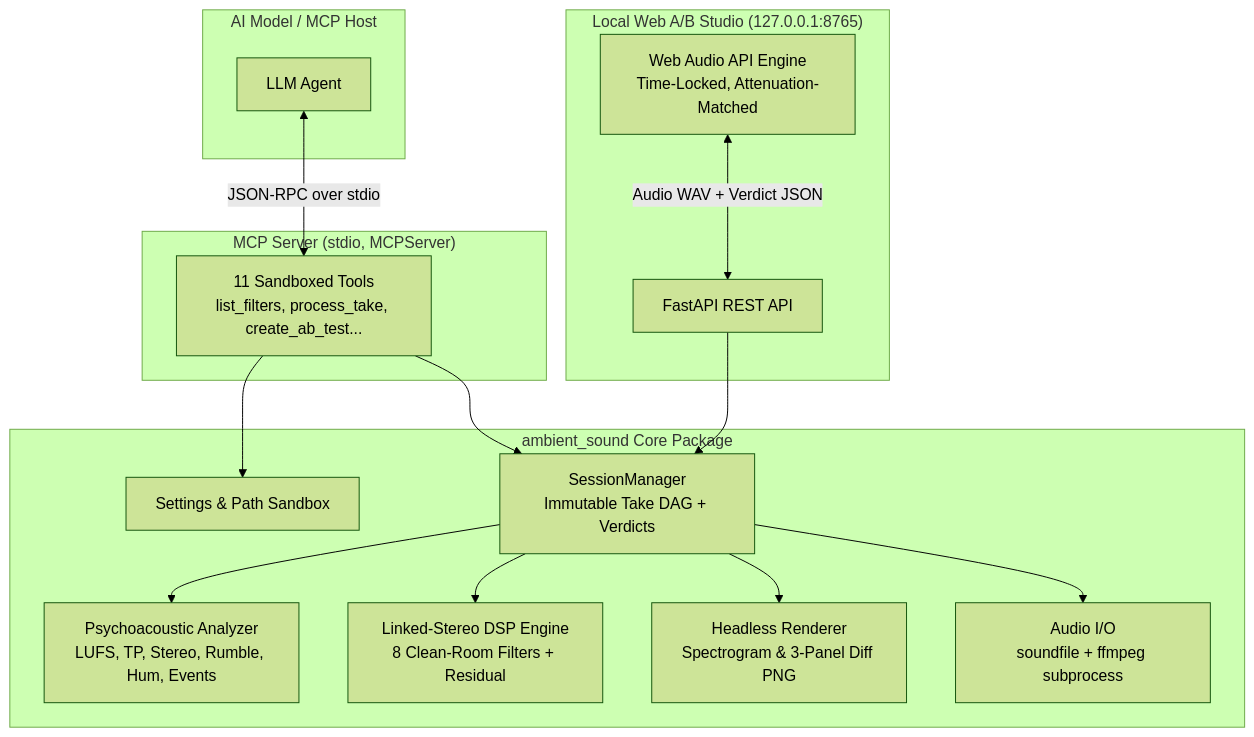
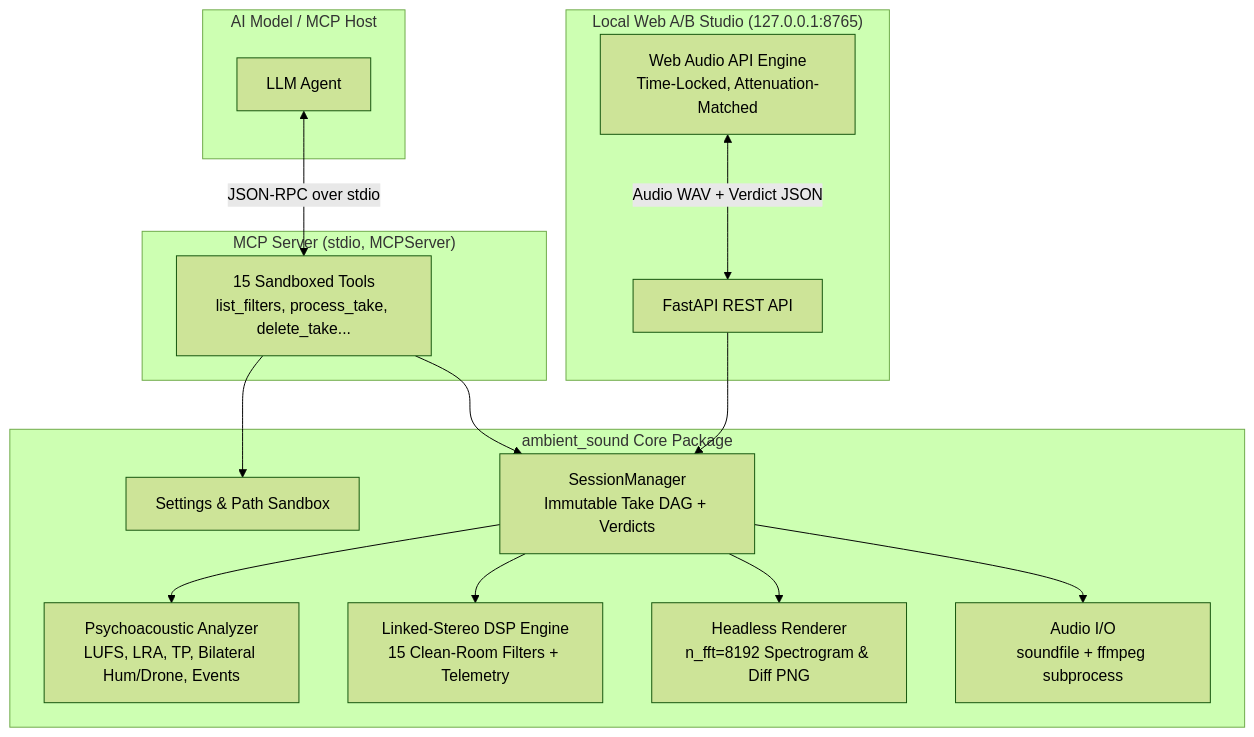
The diagram in docs/ARCHITECTURE.md (Ashfaak/AmbientSound), drawn with Mermaid (forest theme) before and after one commit. The commit also changed other lines of this file and 20 other files, not shown here.

Commit message:
Release v0.3.0: adaptive mastering, timeline-aware A/B, and compact MCP responses

````diff
--- a/docs/ARCHITECTURE.md
+++ b/docs/ARCHITECTURE.md
@@ -9,34 +9,34 @@
 ```mermaid
 flowchart TB
     subgraph Client["AI Model / MCP Host"]
         LLM[LLM Agent]
     end
 
     subgraph MCP["MCP Server (stdio, MCPServer)"]
-        Tools[11 Sandboxed Tools\nlist_filters, process_take, create_ab_test...]
+        Tools[15 Sandboxed Tools\nlist_filters, process_take, delete_take...]
     end
 
     subgraph Core["ambient_sound Core Package"]
         Config[Settings & Path Sandbox]
         Session[SessionManager\nImmutable Take DAG + Verdicts]
-        Analysis[Psychoacoustic Analyzer\nLUFS, TP, Stereo, Rumble, Hum, Events]
-        DSP[Linked-Stereo DSP Engine\n8 Clean-Room Filters + Residual]
-        Visuals[Headless Renderer\nSpectrogram & 3-Panel Diff PNG]
+        Analysis[Psychoacoustic Analyzer\nLUFS, LRA, TP, Bilateral Hum/Drone, Events]
+        DSP[Linked-Stereo DSP Engine\n15 Clean-Room Filters + Telemetry]
+        Visuals[Headless Renderer\nn_fft=8192 Spectrogram & Diff PNG]
         IO[Audio I/O\nsoundfile + ffmpeg subprocess]
     end
 
     subgraph Studio["Local Web A/B Studio (127.0.0.1:8765)"]
         API[FastAPI REST API]
         WebAudio[Web Audio API Engine\nTime-Locked, Attenuation-Matched]
     end
 
     LLM <-->|JSON-RPC over stdio| Tools
     Tools --> Config
     Tools --> Session
     Session --> IO
     Session --> Analysis
     Session --> DSP
     Session --> Visuals
     API --> Session
     WebAudio <-->|Audio WAV + Verdict JSON| API
 ```
````
